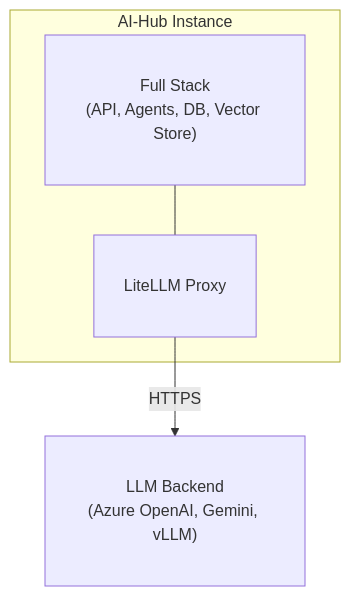
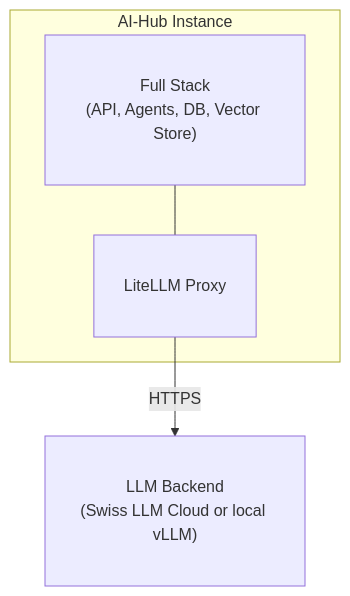
Before and after one commit to bbvch-ai/aihub-core: the first of 2 diagrams in aihub_doc/docs/2_platform/3_deployment_guide/1_deployment_options/index.en.md, drawn with Mermaid. The commit also changed other lines of this file and 31 other files, not shown here.

First line of the commit message:
feat(aihub): Replace Azure OpenAI with Swiss LLM Cloud, revamp dual-mode inference setup

````diff
--- a/aihub_doc/docs/2_platform/3_deployment_guide/1_deployment_options/index.en.md
+++ b/aihub_doc/docs/2_platform/3_deployment_guide/1_deployment_options/index.en.md
@@ -215,14 +213,14 @@
 ```mermaid
 graph TB
     subgraph Instance["AI-Hub Instance"]
         Stack["Full Stack<br/>(API, Agents, DB, Vector Store)"]
         Proxy["LiteLLM Proxy"]
         Stack --- Proxy
     end
 
-    Backend["LLM Backend<br/>(Azure OpenAI, Gemini, vLLM)"]
+    Backend["LLM Backend<br/>(Swiss LLM Cloud or local vLLM)"]
 
     Proxy -->|HTTPS| Backend
 
     classDef default font-size:16px,padding:20px
 ```
````
